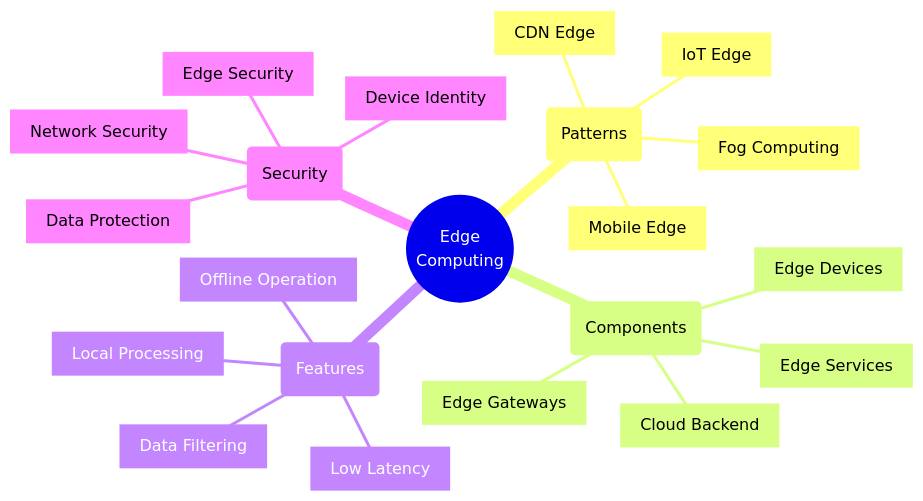
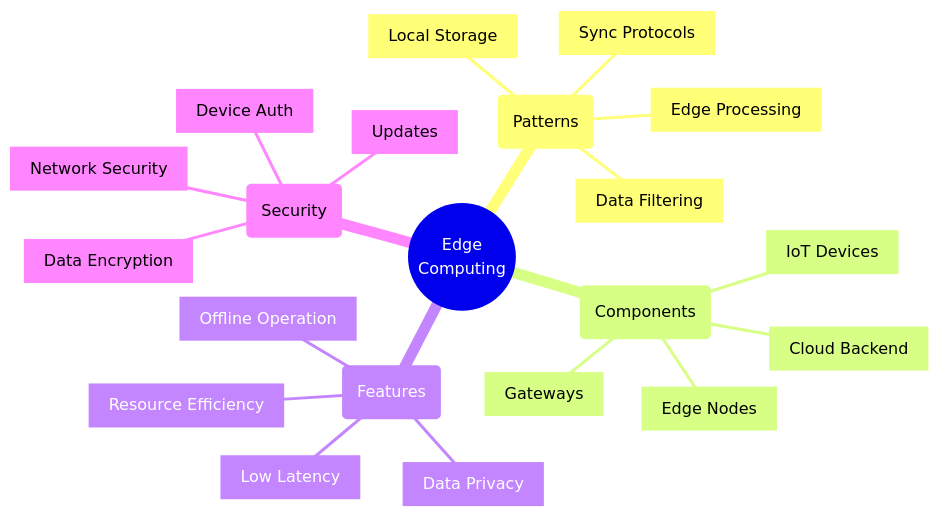
Before and after one commit to saravanakumarrc/Architecture_Journey: the first of 4 diagrams in src/Edge_Computing_Architectures.md, drawn with Mermaid. The commit also changed other lines of this file and 3 other files, not shown here.

````diff
--- a/src/Edge_Computing_Architectures.md
+++ b/src/Edge_Computing_Architectures.md
@@ -3,25 +3,25 @@
 ```mermaid
 mindmap
     root((Edge
         Computing))
         (Patterns)
-            [IoT Edge]
-            [CDN Edge]
-            [Mobile Edge]
-            [Fog Computing]
+            [Edge Processing]
+            [Local Storage]
+            [Data Filtering]
+            [Sync Protocols]
         (Components)
-            [Edge Devices]
-            [Edge Gateways]
-            [Edge Services]
+            [IoT Devices]
+            [Edge Nodes]
+            [Gateways]
             [Cloud Backend]
         (Features)
-            [Local Processing]
-            [Data Filtering]
+            [Low Latency]
             [Offline Operation]
-            [Low Latency]
+            [Data Privacy]
+            [Resource Efficiency]
         (Security)
-            [Device Identity]
-            [Edge Security]
-            [Data Protection]
+            [Device Auth]
+            [Data Encryption]
             [Network Security]
+            [Updates]
 ```
````
